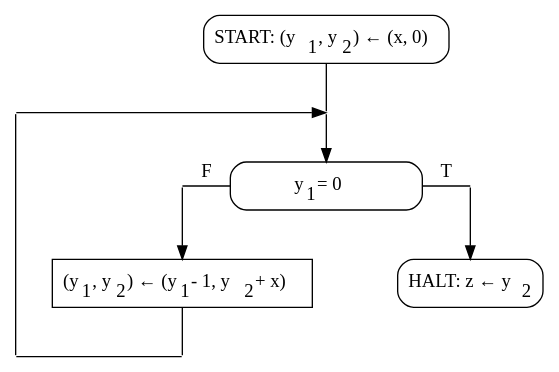
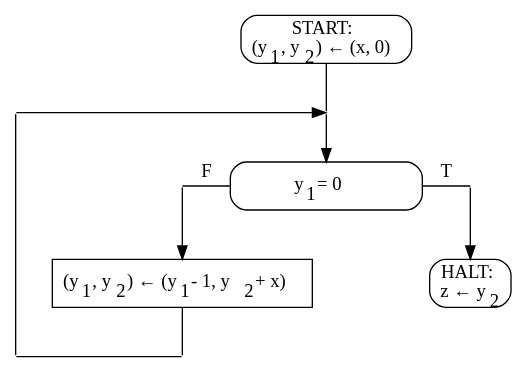
Before and after one commit to kornevgen/mfsp: the diagram in exercises/x1_fig1.dot, drawn with Graphviz. The commit also changed 9 other files, not shown here.

Commit message:
START and HALT operators was fixed in exercises.

```diff
--- a/exercises/x1_fig1.dot
+++ b/exercises/x1_fig1.dot
@@ -1,22 +1,22 @@
 digraph G{
 
 
 /* nodes by levels */
 node[shape=rectangle];
-START[style=rounded, label=<START: (y<sub>1</sub>, y<sub>2</sub>) &larr; (x, 0)>];
+START[style=rounded, label=<START:<br/>(y<sub>1</sub>, y<sub>2</sub>) &larr; (x, 0)>];
 COND[style=rounded, width=2, label=<y<sub>1</sub> = 0>];
 INCR[label=<(y<sub>1</sub>, y<sub>2</sub>) &larr; (y<sub>1</sub> - 1, y<sub>2</sub> + x)>];
-HALT[style=rounded, label=<HALT: z &larr; y<sub>2</sub>>];
+HALT[style=rounded, label=<HALT:<br/>z &larr; y<sub>2</sub>>];
 
 /* edges */
 node [shape=point, width=0, label=""];
 START -> p2 [arrowhead=none]; p2 -> COND [weight=8];
 { rank=same; p1 -> p2; }
 p1 -> p5 [weight=8, arrowhead=none];
 { rank=same; p3 -> COND [label="F", arrowhead=none]; COND -> p4 [label="T", arrowhead=none]; }
 p3 -> INCR [weight=8];
 p4 -> HALT [weight=8];
 { rank=same; INCR; HALT; }
 INCR -> p6 [weight=8, arrowhead=none];
 { rank=same; p5 -> p6 [arrowhead=none]; }
 }
```
